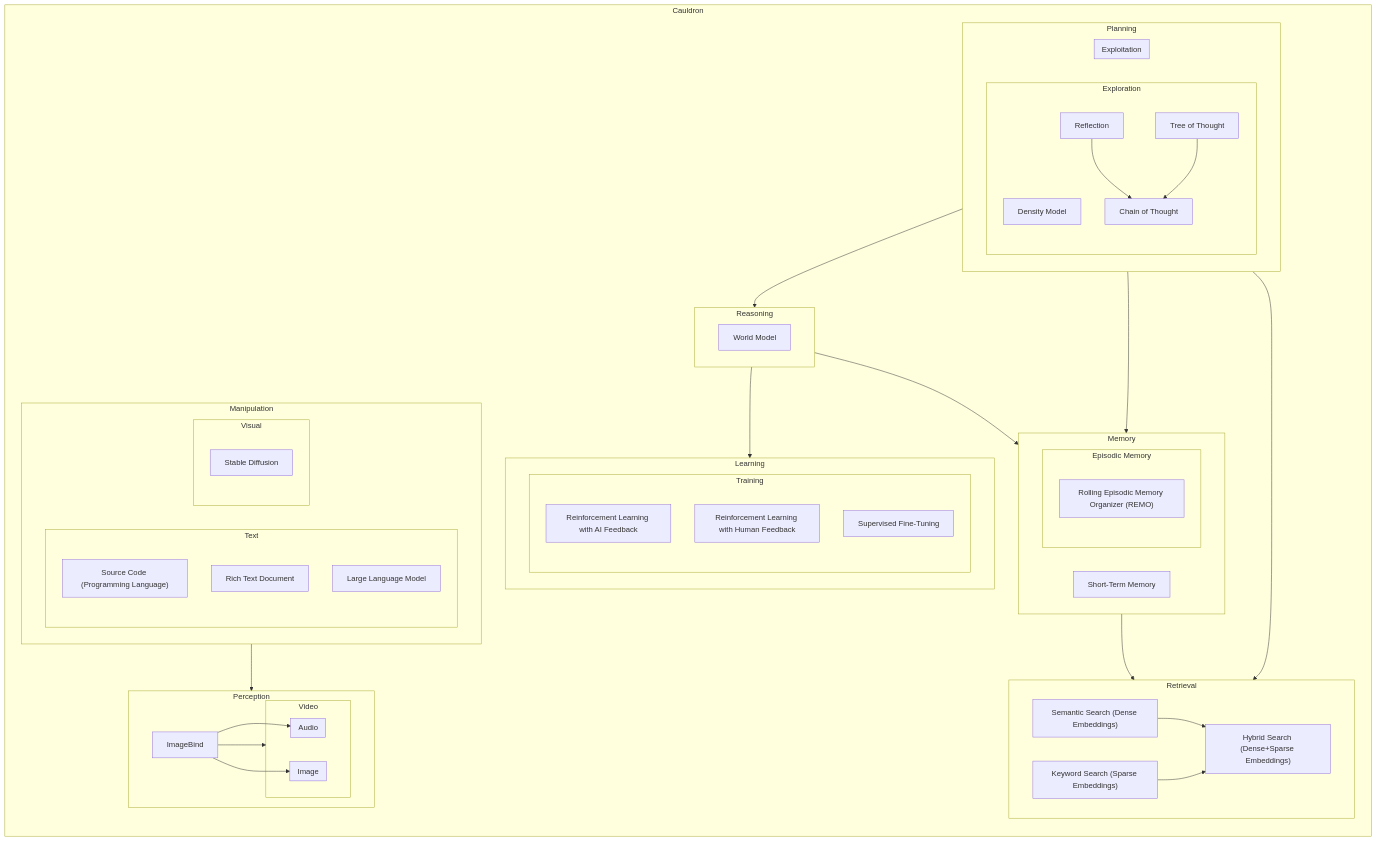
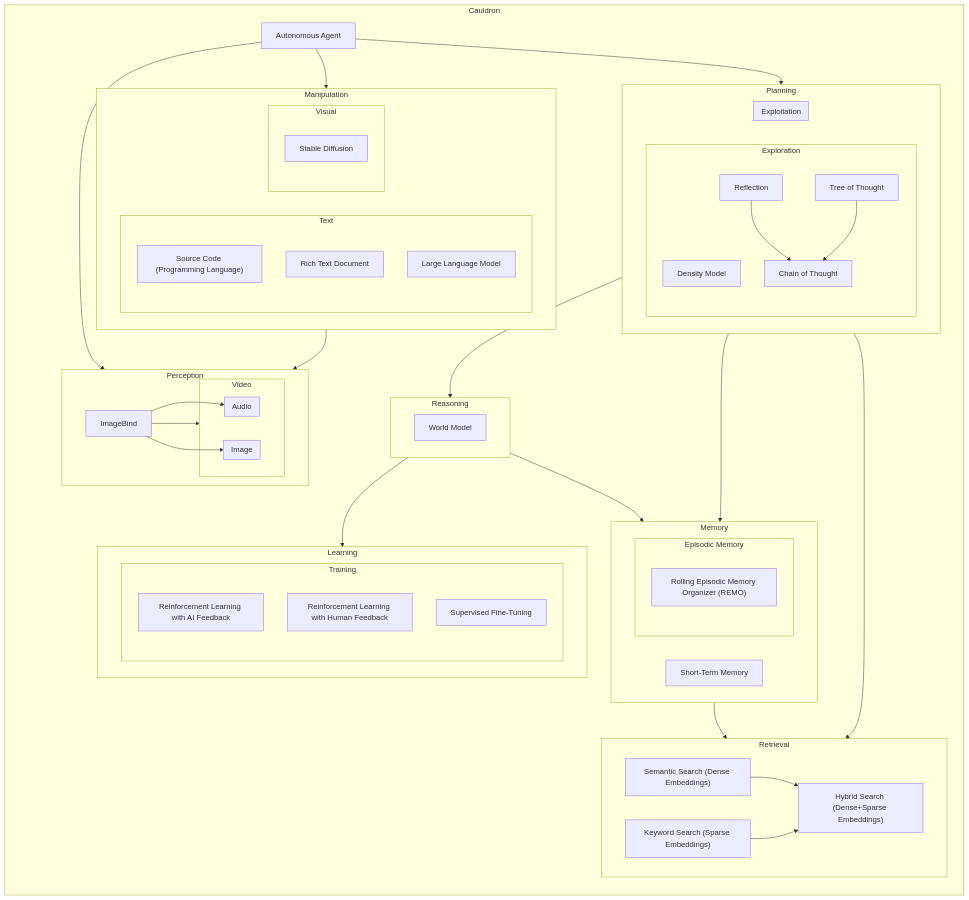
The diagram in README.md (Glavin001/Cauldron), drawn with Mermaid before and after one commit.

Commit message:
Add agent at root

````diff
--- a/README.md
+++ b/README.md
@@ -5,77 +5,80 @@
 ```mermaid
 flowchart TB
 subgraph Cauldron
 direction TB
+
+Agent[Autonomous Agent]
+Agent-->Perception & Manipulation & Planning
 
 subgraph Perception
   ImageBind
   
   ImageBind-->Video & Image & Audio
   subgraph Video
     subgraph Image
     end
     subgraph Audio
     end
   end
 end
 
 Manipulation-->Perception
 subgraph Manipulation
   subgraph Text
     Code["Source Code (Programming Language)"]
     RichDoc[Rich Text Document]
     LLM[Large Language Model]
   end
   subgraph Visual
     SD[Stable Diffusion]
   end
 end
 
 Reasoning-->Learning
 subgraph Learning
   subgraph Training
     RLAIF[Reinforcement Learning with AI Feedback]
     RLHF[Reinforcement Learning with Human Feedback]
     SFT[Supervised Fine-Tuning]
   end
 end
 
 subgraph Planning
   subgraph Exploration
     Density[Density Model]
     ToT[Tree of Thought]
     Reflection
     Reflection & ToT-->CoT
     CoT[Chain of Thought]
   end
 
   subgraph Exploitation
 
   end
 end
 
 Planning-->Reasoning
 subgraph Reasoning
   WorldModel[World Model]
 end
 
 Reasoning & Planning-->Memory
 subgraph Memory
   subgraph Episodic[Episodic Memory]
     REMO["Rolling Episodic Memory Organizer (REMO)"]
     click REMO href "https://github.com/daveshap/REMO_Framework" _blank
   end
   ShortTerm[Short-Term Memory]
   
 end
 
 Memory & Planning-->Retrieval
 subgraph Retrieval
   Hybrid["Hybrid Search (Dense+Sparse Embeddings)"]
   Semantic & Keyword --> Hybrid
   Semantic["Semantic Search (Dense Embeddings)"]
   Keyword["Keyword Search (Sparse Embeddings)"]
 end
 
 end
 ```
````
